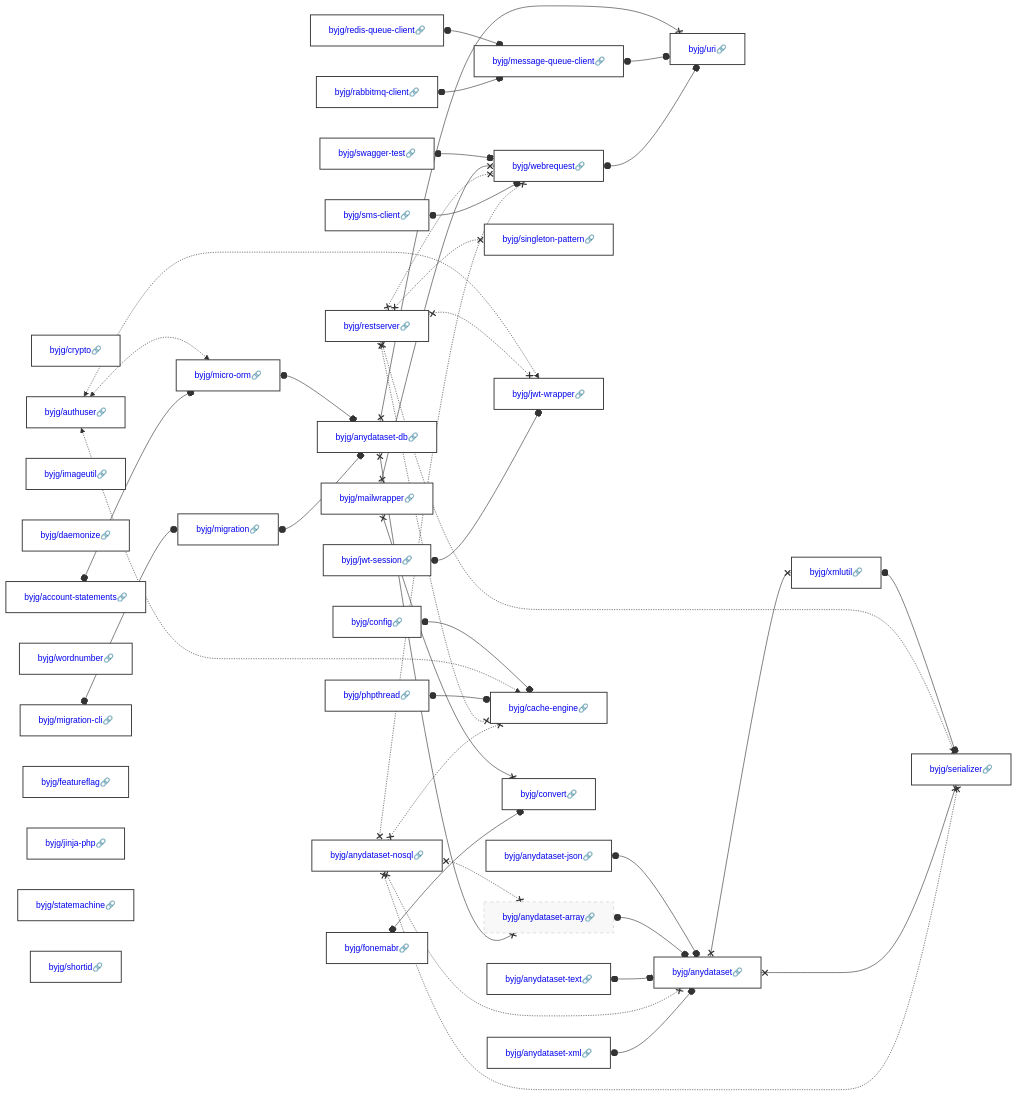
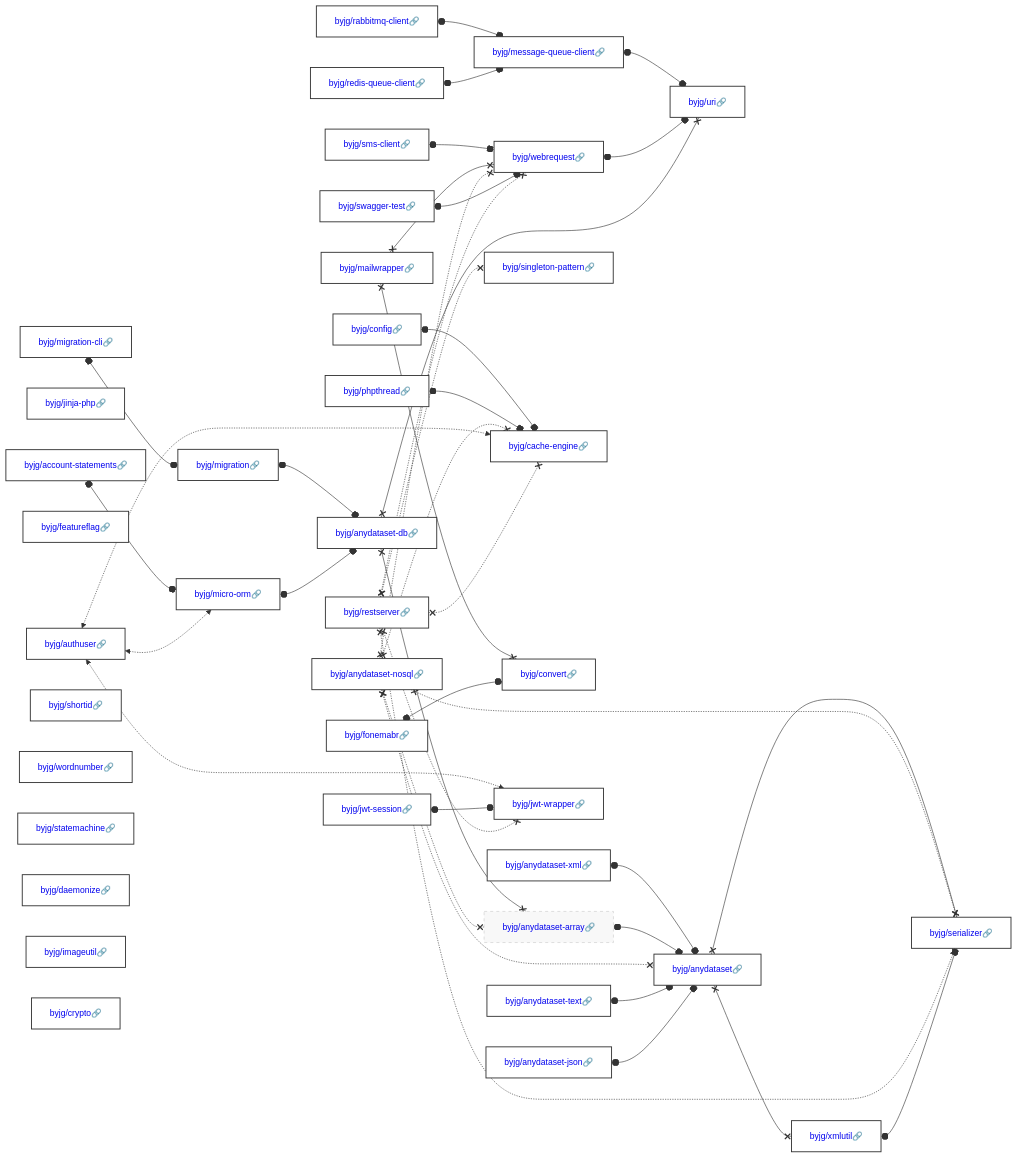
Before and after one commit to byjg/byjg.github.io: the diagram in docs/php/README.md, drawn with Mermaid. The commit also changed other lines of this file and 1 other file, not shown here.

Commit message:
Update documentation 'php' 'php-migration-cli'

````diff
--- a/docs/php/README.md
+++ b/docs/php/README.md
@@ -3,82 +3,82 @@
 ```mermaid
 graph LR;
+  byjg/anydataset-text[<a href='https://opensource.byjg.com/docs/php/anydataset-text' style='text-decoration:none'>byjg/anydataset-text🔗</a>];
+  byjg/phpthread[<a href='https://opensource.byjg.com/docs/php/phpthread' style='text-decoration:none'>byjg/phpthread🔗</a>];
+  byjg/migration-cli[<a href='https://opensource.byjg.com/docs/php/migration-cli' style='text-decoration:none'>byjg/migration-cli🔗</a>];
+  byjg/jinja-php[<a href='https://opensource.byjg.com/docs/php/jinja-php' style='text-decoration:none'>byjg/jinja-php🔗</a>];
+  byjg/swagger-test[<a href='https://opensource.byjg.com/docs/php/swagger-test' style='text-decoration:none'>byjg/swagger-test🔗</a>];
+  byjg/account-statements[<a href='https://opensource.byjg.com/docs/php/account-statements' style='text-decoration:none'>byjg/account-statements🔗</a>];
+  byjg/featureflag[<a href='https://opensource.byjg.com/docs/php/featureflag' style='text-decoration:none'>byjg/featureflag🔗</a>];
+  byjg/authuser[<a href='https://opensource.byjg.com/docs/php/authuser' style='text-decoration:none'>byjg/authuser🔗</a>];
+  byjg/shortid[<a href='https://opensource.byjg.com/docs/php/shortid' style='text-decoration:none'>byjg/shortid🔗</a>];
+  byjg/wordnumber[<a href='https://opensource.byjg.com/docs/php/wordnumber' style='text-decoration:none'>byjg/wordnumber🔗</a>];
+  byjg/fonemabr[<a href='https://opensource.byjg.com/docs/php/fonemabr' style='text-decoration:none'>byjg/fonemabr🔗</a>];
+  byjg/statemachine[<a href='https://opensource.byjg.com/docs/php/statemachine' style='text-decoration:none'>byjg/statemachine🔗</a>];
+  byjg/anydataset-nosql[<a href='https://opensource.byjg.com/docs/php/anydataset-nosql' style='text-decoration:none'>byjg/anydataset-nosql🔗</a>];
+  byjg/config[<a href='https://opensource.byjg.com/docs/php/config' style='text-decoration:none'>byjg/config🔗</a>];
+  byjg/daemonize[<a href='https://opensource.byjg.com/docs/php/daemonize' style='text-decoration:none'>byjg/daemonize🔗</a>];
+  byjg/sms-client[<a href='https://opensource.byjg.com/docs/php/sms-client' style='text-decoration:none'>byjg/sms-client🔗</a>];
+  byjg/imageutil[<a href='https://opensource.byjg.com/docs/php/imageutil' style='text-decoration:none'>byjg/imageutil🔗</a>];
+  byjg/anydataset-json[<a href='https://opensource.byjg.com/docs/php/anydataset-json' style='text-decoration:none'>byjg/anydataset-json🔗</a>];
+  byjg/restserver[<a href='https://opensource.byjg.com/docs/php/restserver' style='text-decoration:none'>byjg/restserver🔗</a>];
+  byjg/redis-queue-client[<a href='https://opensource.byjg.com/docs/php/redis-queue-client' style='text-decoration:none'>byjg/redis-queue-client🔗</a>];
   byjg/crypto[<a href='https://opensource.byjg.com/docs/php/crypto' style='text-decoration:none'>byjg/crypto🔗</a>];
-  byjg/restserver[<a href='https://opensource.byjg.com/docs/php/restserver' style='text-decoration:none'>byjg/restserver🔗</a>];
-  byjg/account-statements[<a href='https://opensource.byjg.com/docs/php/account-statements' style='text-decoration:none'>byjg/account-statements🔗</a>];
-  byjg/sms-client[<a href='https://opensource.byjg.com/docs/php/sms-client' style='text-decoration:none'>byjg/sms-client🔗</a>];
-  byjg/anydataset-nosql[<a href='https://opensource.byjg.com/docs/php/anydataset-nosql' style='text-decoration:none'>byjg/anydataset-nosql🔗</a>];
-  byjg/swagger-test[<a href='https://opensource.byjg.com/docs/php/swagger-test' style='text-decoration:none'>byjg/swagger-test🔗</a>];
-  byjg/fonemabr[<a href='https://opensource.byjg.com/docs/php/fonemabr' style='text-decoration:none'>byjg/fonemabr🔗</a>];
-  byjg/imageutil[<a href='https://opensource.byjg.com/docs/php/imageutil' style='text-decoration:none'>byjg/imageutil🔗</a>];
+  byjg/mailwrapper[<a href='https://opensource.byjg.com/docs/php/mailwrapper' style='text-decoration:none'>byjg/mailwrapper🔗</a>];
+  byjg/jwt-session[<a href='https://opensource.byjg.com/docs/php/jwt-session' style='text-decoration:none'>byjg/jwt-session🔗</a>];
+  byjg/rabbitmq-client[<a href='https://opensource.byjg.com/docs/php/rabbitmq-client' style='text-decoration:none'>byjg/rabbitmq-client🔗</a>];
   byjg/anydataset-xml[<a href='https://opensource.byjg.com/docs/php/anydataset-xml' style='text-decoration:none'>byjg/anydataset-xml🔗</a>];
-  byjg/daemonize[<a href='https://opensource.byjg.com/docs/php/daemonize' style='text-decoration:none'>byjg/daemonize🔗</a>];
-  byjg/jwt-session[<a href='https://opensource.byjg.com/docs/php/jwt-session' style='text-decoration:none'>byjg/jwt-session🔗</a>];
-  byjg/redis-queue-client[<a href='https://opensource.byjg.com/docs/php/redis-queue-client' style='text-decoration:none'>byjg/redis-queue-client🔗</a>];
-  byjg/migration-cli[<a href='https://opensource.byjg.com/docs/php/migration-cli' style='text-decoration:none'>byjg/migration-cli🔗</a>];
-  byjg/wordnumber[<a href='https://opensource.byjg.com/docs/php/wordnumber' style='text-decoration:none'>byjg/wordnumber🔗</a>];
-  byjg/phpthread[<a href='https://opensource.byjg.com/docs/php/phpthread' style='text-decoration:none'>byjg/phpthread🔗</a>];
-  byjg/authuser[<a href='https://opensource.byjg.com/docs/php/authuser' style='text-decoration:none'>byjg/authuser🔗</a>];
-  byjg/featureflag[<a href='https://opensource.byjg.com/docs/php/featureflag' style='text-decoration:none'>byjg/featureflag🔗</a>];
-  byjg/jinja-php[<a href='https://opensource.byjg.com/docs/php/jinja-php' style='text-decoration:none'>byjg/jinja-php🔗</a>];
-  byjg/anydataset-json[<a href='https://opensource.byjg.com/docs/php/anydataset-json' style='text-decoration:none'>byjg/anydataset-json🔗</a>];
-  byjg/anydataset-text[<a href='https://opensource.byjg.com/docs/php/anydataset-text' style='text-decoration:none'>byjg/anydataset-text🔗</a>];
-  byjg/statemachine[<a href='https://opensource.byjg.com/docs/php/statemachine' style='text-decoration:none'>byjg/statemachine🔗</a>];
-  byjg/shortid[<a href='https://opensource.byjg.com/docs/php/shortid' style='text-decoration:none'>byjg/shortid🔗</a>];
-  byjg/rabbitmq-client[<a href='https://opensource.byjg.com/docs/php/rabbitmq-client' style='text-decoration:none'>byjg/rabbitmq-client🔗</a>];
-  byjg/config[<a href='https://opensource.byjg.com/docs/php/config' style='text-decoration:none'>byjg/config🔗</a>];
-  byjg/mailwrapper[<a href='https://opensource.byjg.com/docs/php/mailwrapper' style='text-decoration:none'>byjg/mailwrapper🔗</a>];
-  byjg/singleton-pattern[<a href='https://opensource.byjg.com/docs/php/singleton-pattern' style='text-decoration:none'>byjg/singleton-pattern🔗</a>];
   byjg/migration[<a href='https://opensource.byjg.com/docs/php/migration' style='text-decoration:none'>byjg/migration🔗</a>];
   byjg/micro-orm[<a href='https://opensource.byjg.com/docs/php/micro-orm' style='text-decoration:none'>byjg/micro-orm🔗</a>];
-  byjg/jwt-wrapper[<a href='https://opensource.byjg.com/docs/php/jwt-wrapper' style='text-decoration:none'>byjg/jwt-wrapper🔗</a>];
-  byjg/message-queue-client[<a href='https://opensource.byjg.com/docs/php/message-queue-client' style='text-decoration:none'>byjg/message-queue-client🔗</a>];
+  byjg/singleton-pattern[<a href='https://opensource.byjg.com/docs/php/singleton-pattern' style='text-decoration:none'>byjg/singleton-pattern🔗</a>];
   byjg/cache-engine[<a href='https://opensource.byjg.com/docs/php/cache-engine' style='text-decoration:none'>byjg/cache-engine🔗</a>];
   byjg/convert[<a href='https://opensource.byjg.com/docs/php/convert' style='text-decoration:none'>byjg/convert🔗</a>];
   byjg/webrequest[<a href='https://opensource.byjg.com/docs/php/webrequest' style='text-decoration:none'>byjg/webrequest🔗</a>];
+  byjg/jwt-wrapper[<a href='https://opensource.byjg.com/docs/php/jwt-wrapper' style='text-decoration:none'>byjg/jwt-wrapper🔗</a>];
+  byjg/message-queue-client[<a href='https://opensource.byjg.com/docs/php/message-queue-client' style='text-decoration:none'>byjg/message-queue-client🔗</a>];
   byjg/anydataset-db[<a href='https://opensource.byjg.com/docs/php/anydataset-db' style='text-decoration:none'>byjg/anydataset-db🔗</a>];
   byjg/anydataset-array[<a href='https://opensource.byjg.com/docs/php/anydataset-array' style='text-decoration:none'>byjg/anydataset-array🔗</a>];
   byjg/uri[<a href='https://opensource.byjg.com/docs/php/uri' style='text-decoration:none'>byjg/uri🔗</a>];
   byjg/anydataset[<a href='https://opensource.byjg.com/docs/php/anydataset' style='text-decoration:none'>byjg/anydataset🔗</a>];
   byjg/xmlutil[<a href='https://opensource.byjg.com/docs/php/xmlutil' style='text-decoration:none'>byjg/xmlutil🔗</a>];
   byjg/serializer[<a href='https://opensource.byjg.com/docs/php/serializer' style='text-decoration:none'>byjg/serializer🔗</a>];
-  byjg/jwt-session o--o byjg/jwt-wrapper;
+  byjg/sms-client o--o byjg/webrequest;
+  byjg/mailwrapper x--x byjg/convert;
+  byjg/mailwrapper x--x byjg/webrequest;
+  byjg/config o--o byjg/cache-engine;
+  byjg/anydataset x--x byjg/serializer;
+  byjg/anydataset x--x byjg/xmlutil;
+  byjg/message-queue-client o--o byjg/uri;
+  byjg/phpthread o--o byjg/cache-engine;
   byjg/webrequest o--o byjg/uri;
-  byjg/migration o--o byjg/anydataset-db;
-  byjg/message-queue-client o--o byjg/uri;
+  byjg/rabbitmq-client o--o byjg/message-queue-client;
   byjg/anydataset-xml o--o byjg/anydataset;
+  byjg/redis-queue-client o--o byjg/message-queue-client;
   byjg/anydataset-db x--x byjg/anydataset-array;
   byjg/anydataset-db x--x byjg/uri;
-  byjg/micro-orm o--o byjg/anydataset-db;
+  byjg/anydataset-array o--o byjg/anydataset;
   byjg/anydataset-nosql x-.-x byjg/anydataset;
   byjg/anydataset-nosql x-.-x byjg/anydataset-array;
   byjg/anydataset-nosql x-.-x byjg/serializer;
   byjg/anydataset-nosql x-.-x byjg/webrequest;
   byjg/anydataset-nosql x-.-x byjg/cache-engine;
-  byjg/sms-client o--o byjg/webrequest;
-  byjg/rabbitmq-client o--o byjg/message-queue-client;
-  byjg/anydataset x--x byjg/serializer;
-  byjg/anydataset x--x byjg/xmlutil;
+  byjg/swagger-test o--o byjg/webrequest;
+  byjg/anydataset-text o--o byjg/anydataset;
+  byjg/account-statements o--o byjg/micro-orm;
+  byjg/authuser <-.-> byjg/micro-orm;
+  byjg/authuser <-.-> byjg/cache-engine;
+  byjg/authuser <-.-> byjg/jwt-wrapper;
+  byjg/migration o--o byjg/anydataset-db;
+  byjg/migration-cli o--o byjg/migration;
+  byjg/anydataset-json o--o byjg/anydataset;
+  byjg/micro-orm o--o byjg/anydataset-db;
   byjg/fonemabr o--o byjg/convert;
-  byjg/account-statements o--o byjg/micro-orm;
-  byjg/migration-cli o--o byjg/migration;
+  byjg/jwt-session o--o byjg/jwt-wrapper;
   byjg/restserver x-.-x byjg/serializer;
   byjg/restserver x-.-x byjg/singleton-pattern;
   byjg/restserver x-.-x byjg/cache-engine;
   byjg/restserver x-.-x byjg/webrequest;
   byjg/restserver x-.-x byjg/jwt-wrapper;
-  byjg/phpthread o--o byjg/cache-engine;
   byjg/xmlutil o--o byjg/serializer;
-  byjg/mailwrapper x--x byjg/convert;
-  byjg/mailwrapper x--x byjg/webrequest;
-  byjg/anydataset-text o--o byjg/anydataset;
-  byjg/anydataset-array o--o byjg/anydataset;
-  byjg/authuser <-.-> byjg/micro-orm;
-  byjg/authuser <-.-> byjg/cache-engine;
-  byjg/authuser <-.-> byjg/jwt-wrapper;
-  byjg/config o--o byjg/cache-engine;
-  byjg/swagger-test o--o byjg/webrequest;
-  byjg/anydataset-json o--o byjg/anydataset;
-  byjg/redis-queue-client o--o byjg/message-queue-client;
   classDef default fill:#ffffff,stroke:#333,stroke-width:1.5px,color:#000,font-size:14px;
   classDef highlight fill:#ffef96,stroke:#ff9900,stroke-width:3px;
   classDef deprecated fill:#f8f8f8,stroke:#cccccc,stroke-dasharray: 5 5,stroke-width:1px,color:#999;
````
